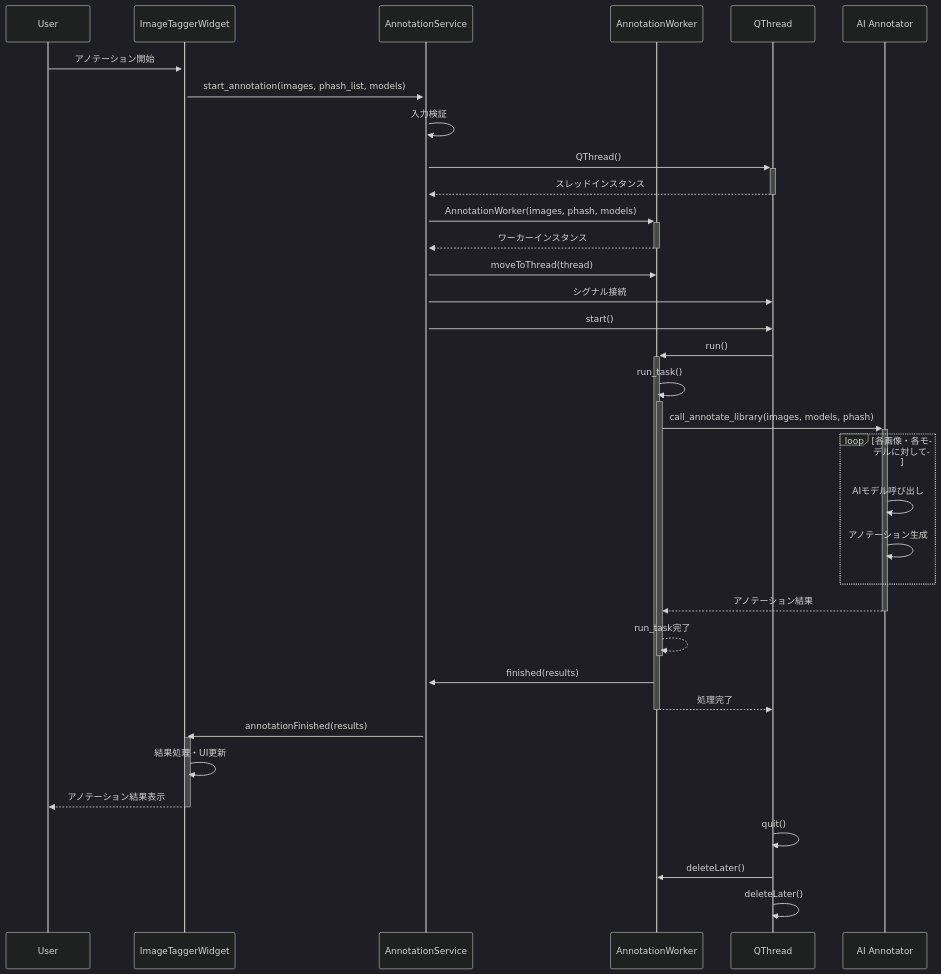
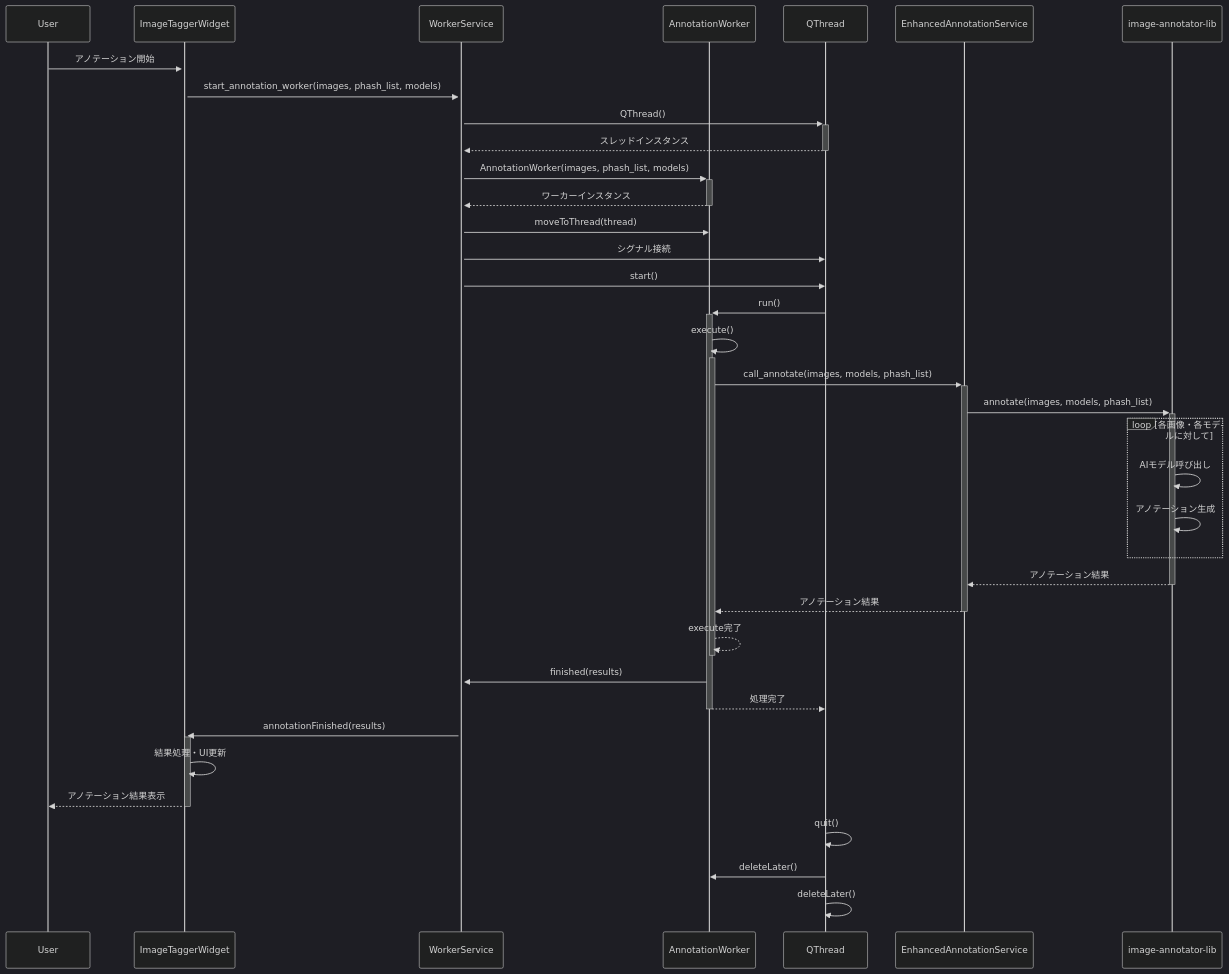
Before and after one commit to NEXTAltair/LoRAIro: diagram 13 of 15 in docs/architecture.md, drawn with Mermaid (dark theme). The commit also changed other lines of this file and 2 other files, not shown here.

Commit message:
docs: Update architecture documentation and remove workflow_state.py

````diff
--- a/docs/architecture.md
+++ b/docs/architecture.md
@@ -742,42 +741,44 @@
 ```mermaid
 sequenceDiagram
     participant User
     participant IT as ImageTaggerWidget
-    participant AS as AnnotationService
+    participant WS as WorkerService
     participant AW as AnnotationWorker
     participant Thread as QThread
-    participant AI as AI Annotator
+    participant EAS as EnhancedAnnotationService
+    participant AIL as image-annotator-lib
 
     User->>+IT: アノテーション開始
-    IT->>+AS: start_annotation(images, phash_list, models)
-    AS->>AS: 入力検証
-    AS->>+Thread: QThread()
-    Thread-->>-AS: スレッドインスタンス
-    AS->>+AW: AnnotationWorker(images, phash, models)
-    AW-->>-AS: ワーカーインスタンス
-    AS->>AW: moveToThread(thread)
-    AS->>Thread: シグナル接続
-    AS->>Thread: start()
+    IT->>+WS: start_annotation_worker(images, phash_list, models)
+    WS->>+Thread: QThread()
+    Thread-->>-WS: スレッドインスタンス
+    WS->>+AW: AnnotationWorker(images, phash_list, models)
+    AW-->>-WS: ワーカーインスタンス
+    WS->>AW: moveToThread(thread)
+    WS->>Thread: シグナル接続
+    WS->>Thread: start()
 
     Thread->>+AW: run()
-    AW->>+AW: run_task()
-    AW->>+AI: call_annotate_library(images, models, phash)
+    AW->>+AW: execute()
+    AW->>+EAS: call_annotate(images, models, phash_list)
+    EAS->>+AIL: annotate(images, models, phash_list)
 
     loop 各画像・各モデルに対して
-        AI->>AI: AIモデル呼び出し
-        AI->>AI: アノテーション生成
+        AIL->>AIL: AIモデル呼び出し
+        AIL->>AIL: アノテーション生成
     end
 
-    AI-->>-AW: アノテーション結果
-    AW-->>-AW: run_task完了
-    AW->>AS: finished(results)
+    AIL-->>-EAS: アノテーション結果
+    EAS-->>-AW: アノテーション結果
+    AW-->>-AW: execute完了
+    AW->>WS: finished(results)
     AW-->>-Thread: 処理完了
 
-    AS->>+IT: annotationFinished(results)
+    WS->>+IT: annotationFinished(results)
     IT->>IT: 結果処理・UI更新
     IT-->>-User: アノテーション結果表示
 
     Thread->>Thread: quit()
     Thread->>AW: deleteLater()
     Thread->>Thread: deleteLater()
 ```
````
